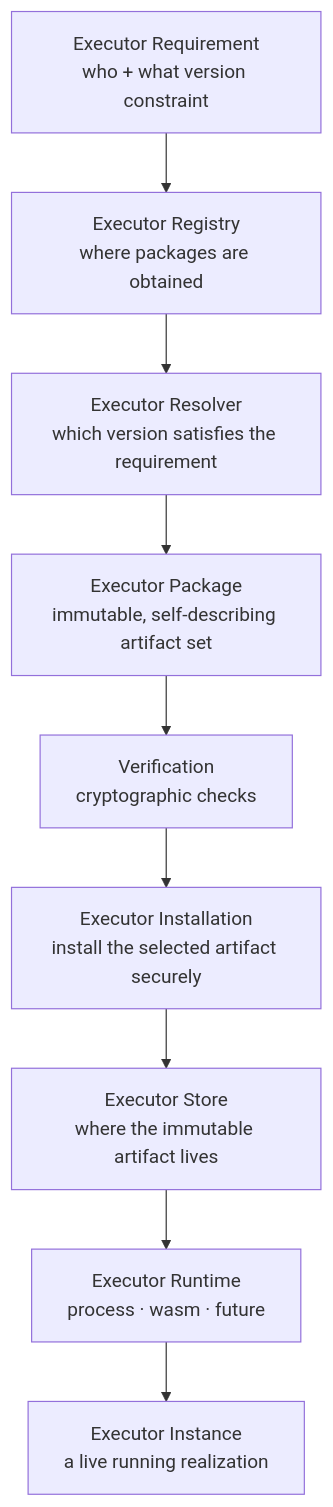
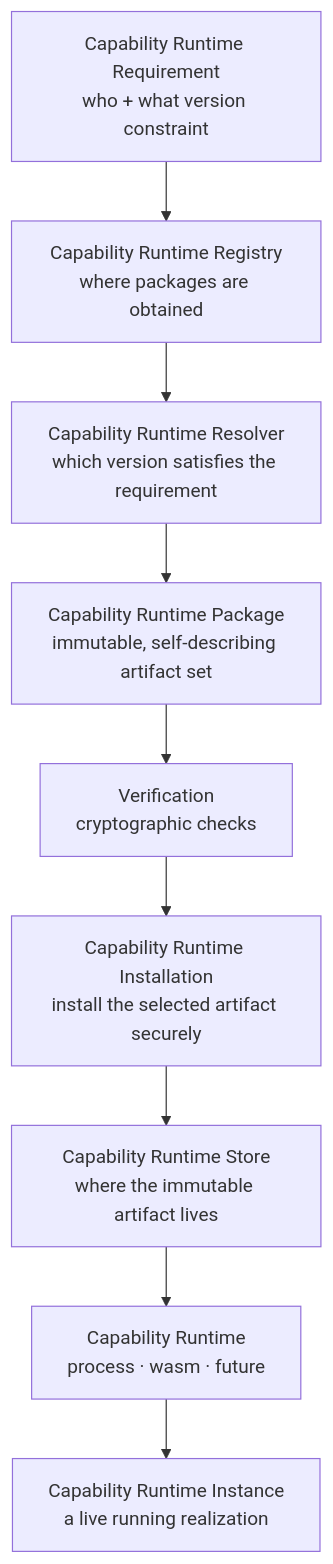
The fourth of 7 diagrams in docs/ARCHITECTURE.md (neuron-runtime/neuron), drawn with Mermaid before and after one commit. The commit also changed other lines of this file and 119 other files, not shown here.

````diff
--- a/docs/ARCHITECTURE.md
+++ b/docs/ARCHITECTURE.md
@@ -253,11 +253,11 @@
 ```mermaid
 flowchart TB
-    A[Executor Requirement<br/>who + what version constraint] --> B[Executor Registry<br/>where packages are obtained]
-    B --> C[Executor Resolver<br/>which version satisfies the requirement]
-    C --> D[Executor Package<br/>immutable, self-describing artifact set]
+    A[Capability Runtime Requirement<br/>who + what version constraint] --> B[Capability Runtime Registry<br/>where packages are obtained]
+    B --> C[Capability Runtime Resolver<br/>which version satisfies the requirement]
+    C --> D[Capability Runtime Package<br/>immutable, self-describing artifact set]
     D --> E[Verification<br/>cryptographic checks]
-    E --> F[Executor Installation<br/>install the selected artifact securely]
-    F --> G[Executor Store<br/>where the immutable artifact lives]
-    G --> H[Executor Runtime<br/>process · wasm · future]
-    H --> I[Executor Instance<br/>a live running realization]
+    E --> F[Capability Runtime Installation<br/>install the selected artifact securely]
+    F --> G[Capability Runtime Store<br/>where the immutable artifact lives]
+    G --> H[Capability Runtime<br/>process · wasm · future]
+    H --> I[Capability Runtime Instance<br/>a live running realization]
 ```
````
